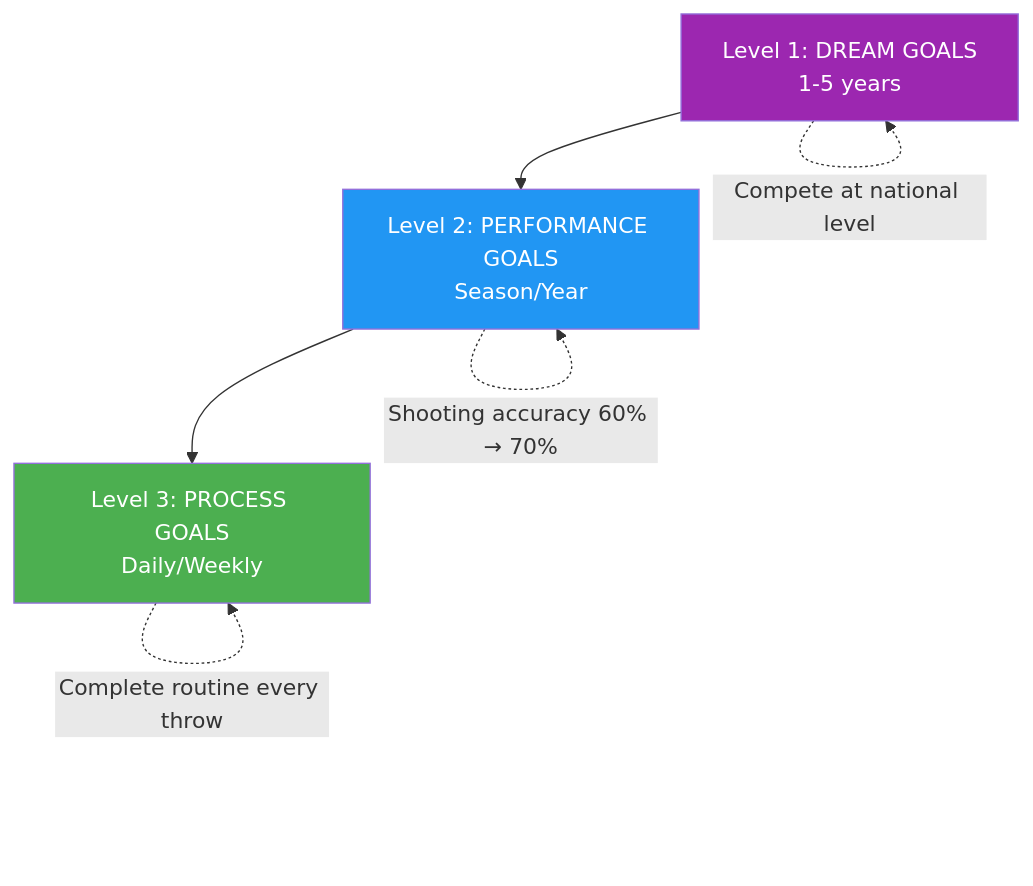
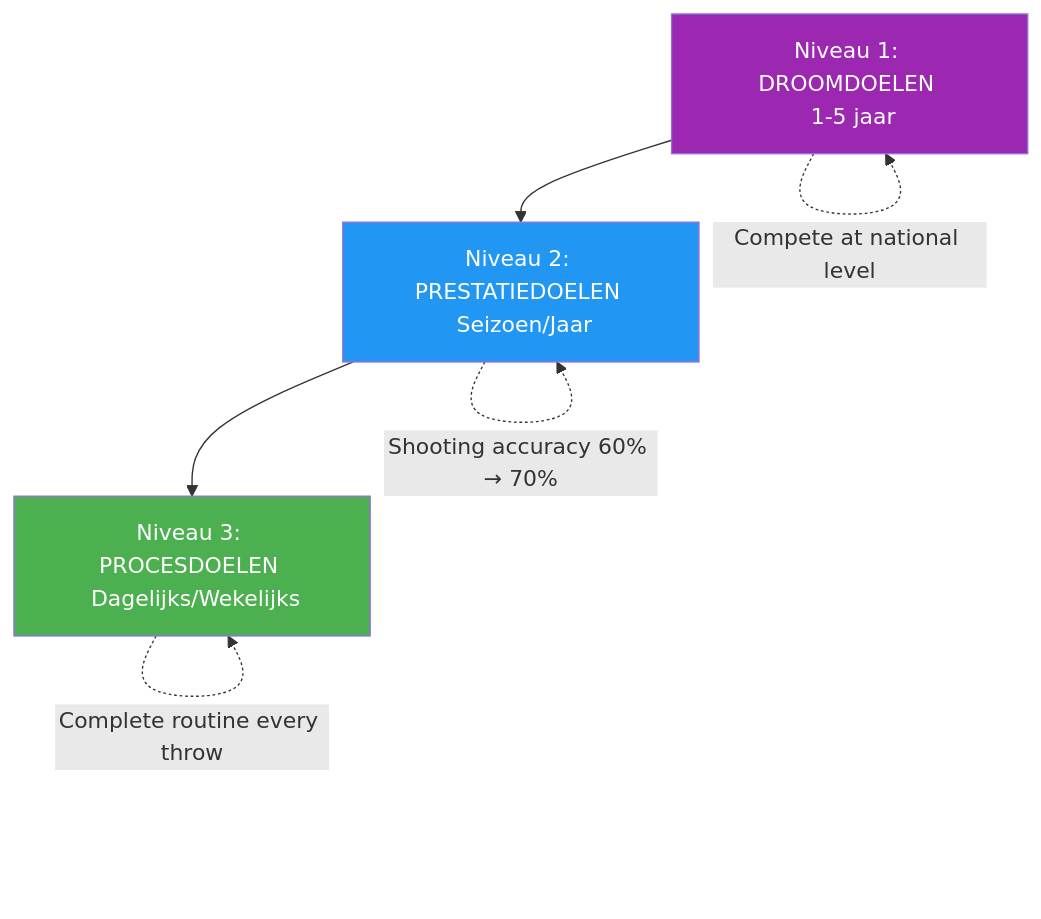
The diagram in docs/nl/articles/elite-goal-setting.md (patwii/petanque-academy), drawn with Mermaid before and after one commit. The commit also changed other lines of this file and 550 other files, not shown here.

````diff
--- a/docs/nl/articles/elite-goal-setting.md
+++ b/docs/nl/articles/elite-goal-setting.md
@@ -33,13 +33,13 @@
 ```mermaid
 flowchart TD
-    A[Level 1: DREAM GOALS<br/>1-5 years] --> B[Level 2: PERFORMANCE GOALS<br/>Season/Year]
-    B --> C[Level 3: PROCESS GOALS<br/>Daily/Weekly]
+    A[Niveau 1: DROOMDOELEN <br/> 1-5 jaar] --> B[Niveau 2: PRESTATIEDOELEN <br/> Seizoen/Jaar]
+    B --> C[Niveau 3: PROCESDOELEN <br/> Dagelijks/Wekelijks]
 
     A -.->|"Compete at national level"| A
     B -.->|"Shooting accuracy 60% → 70%"| B
     C -.->|"Complete routine every throw"| C
 
     style A fill:#9C27B0,color:#fff
     style B fill:#2196F3,color:#fff
     style C fill:#4CAF50,color:#fff
 ```
````
